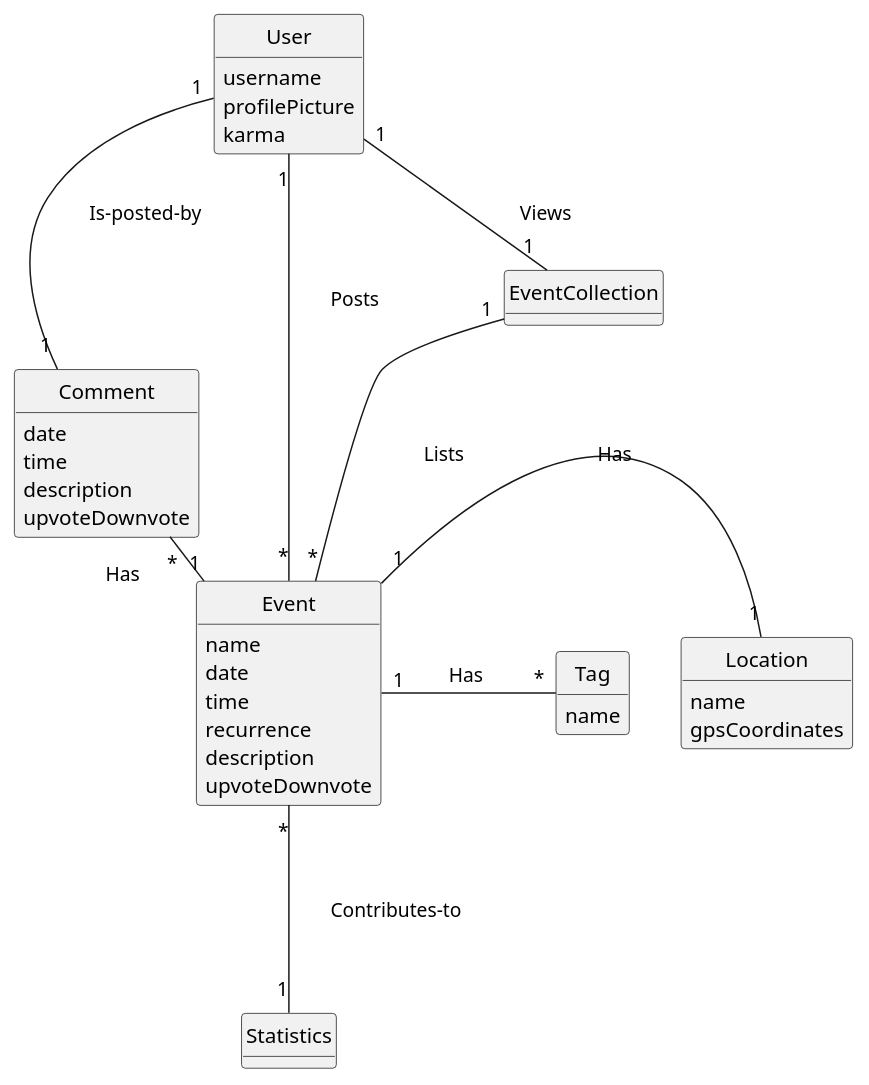
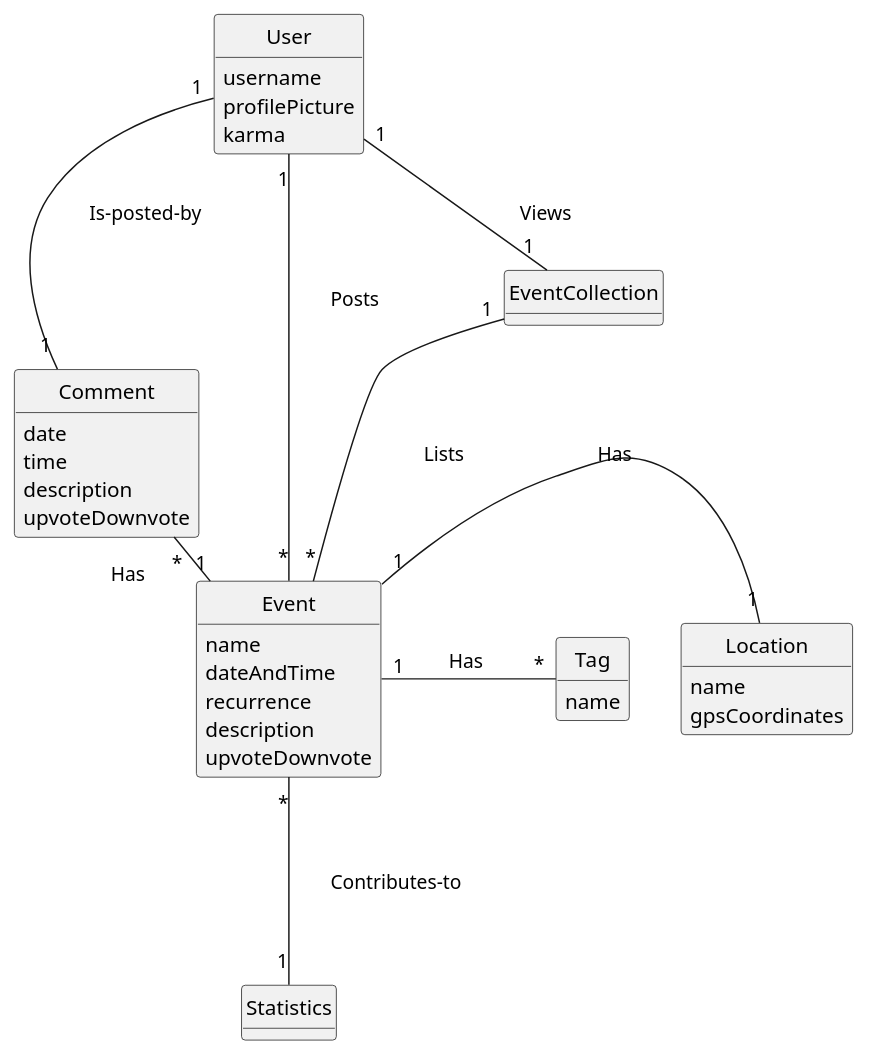
The first of 4 diagrams in doc/design.md (seamusgould/WhatsUpApp), drawn with PlantUML before and after one commit. The commit also changed other lines of this file and 28 other files, not shown here.

````diff
--- a/doc/design.md
+++ b/doc/design.md
@@ -3,50 +3,49 @@
 ```plantuml
 @startuml
 
 hide circle
 hide empty methods
 
 ' classes
 class User{
 username
 profilePicture
 karma
 }
 class EventCollection{
 }
 class Event{
 name
-date
-time
+dateAndTime
 recurrence
 description
 upvoteDownvote
 }
 class Tag{
 name
 }
 class Location{
 name
 gpsCoordinates
 }
 class Comment{
 date
 time
 description
 upvoteDownvote
 }
 class Statistics{
 }
 
 ' associations
 User "1" -- "1" EventCollection : \tViews\t\t
 User "1" - "*" Event : \tPosts\t\t
 EventCollection "1" -- "*" Event : \tLists\t\t
 Event "1" - "1" Location : \tHas\t\t
 Event "1" - "*" Tag : \tHas\t\t
 Event "1" -left- "*" Comment : \tHas\t\t
 Comment "1" -up- "1" User : \tIs-posted-by\t\t
 Event "*" --- "1" Statistics : \tContributes-to\t\t
 
 @enduml
 ```
````
